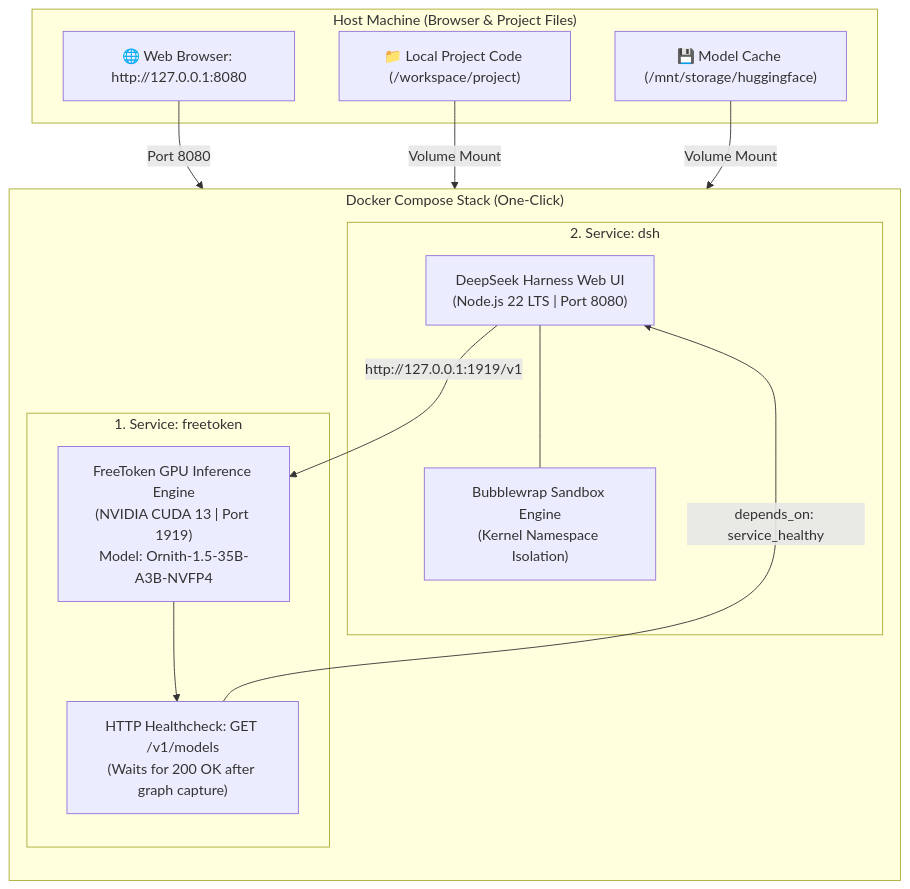
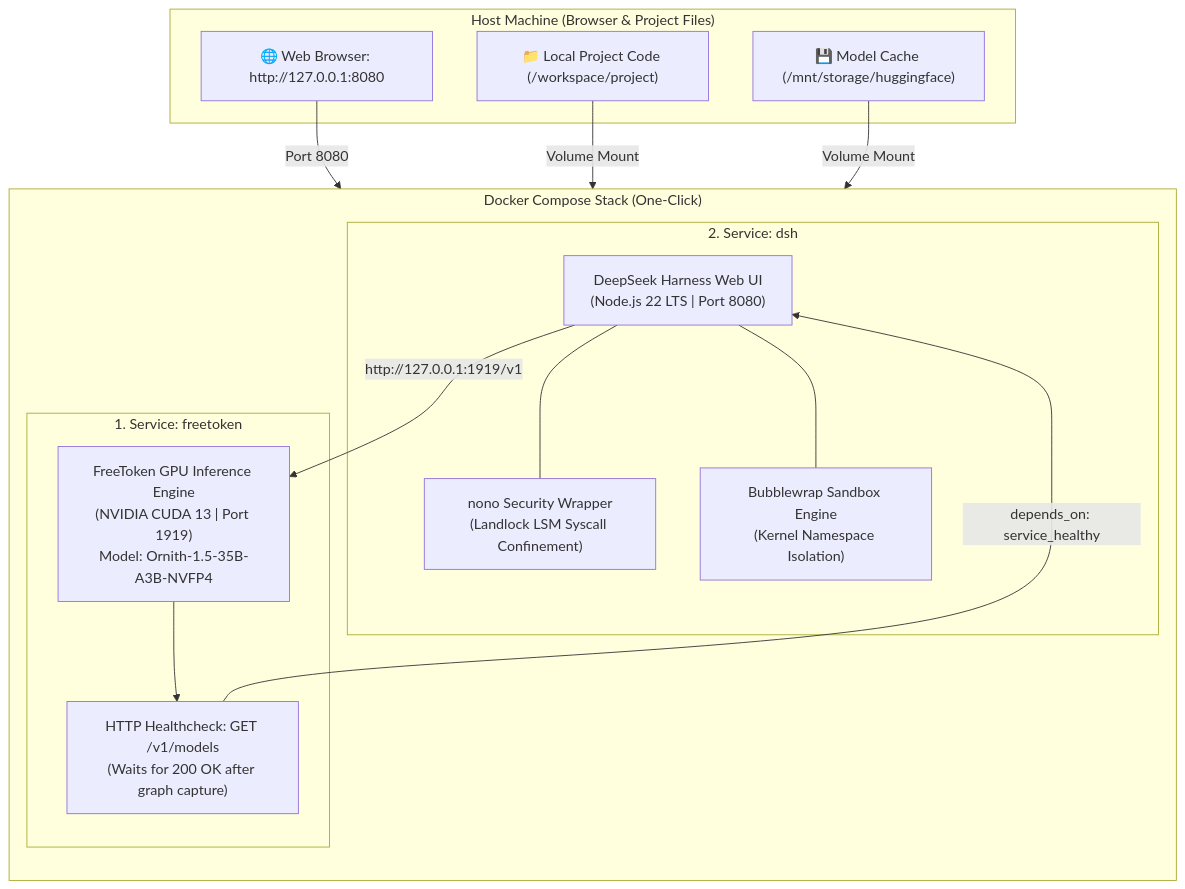
Before and after one commit to abdennebi/FreeTokenLab: the diagram in README.md, drawn with Mermaid. The commit also changed other lines of this file and 4 other files, not shown here.

Commit message:
Integrate nono.sh Landlock kernel sandbox for DeepSeek Harness and add secure execution targets

````diff
--- a/README.md
+++ b/README.md
@@ -30,30 +33,32 @@
 ```mermaid
 flowchart TD
     subgraph Host ["Host Machine (Browser & Project Files)"]
         Browser["🌐 Web Browser: http://127.0.0.1:8080"]
         Workspace["📁 Local Project Code (/workspace/project)"]
         HFCache["💾 Model Cache (/mnt/storage/huggingface)"]
     end
 
     subgraph ComposeStack ["Docker Compose Stack (One-Click)"]
         direction TB
         subgraph S1 ["1. Service: freetoken"]
             FT["FreeToken GPU Inference Engine\n(NVIDIA CUDA 13 | Port 1919)\nModel: Ornith-1.5-35B-A3B-NVFP4"]
             HC["HTTP Healthcheck: GET /v1/models\n(Waits for 200 OK after graph capture)"]
         end
 
         subgraph S2 ["2. Service: dsh"]
             DSH["DeepSeek Harness Web UI\n(Node.js 22 LTS | Port 8080)"]
+            NONO["nono Security Wrapper\n(Landlock LSM Syscall Confinement)"]
             BWRAP["Bubblewrap Sandbox Engine\n(Kernel Namespace Isolation)"]
         end
 
         FT --> HC
         HC -->|depends_on: service_healthy| DSH
         DSH -->|http://127.0.0.1:1919/v1| FT
+        DSH --- NONO
         DSH --- BWRAP
     end
 
     Browser -->|Port 8080| DSH
     Workspace -->|Volume Mount| DSH
     HFCache -->|Volume Mount| FT
 ```
````
